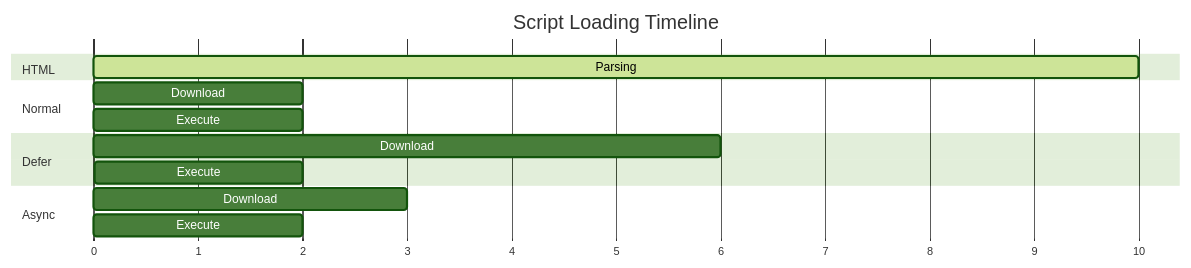
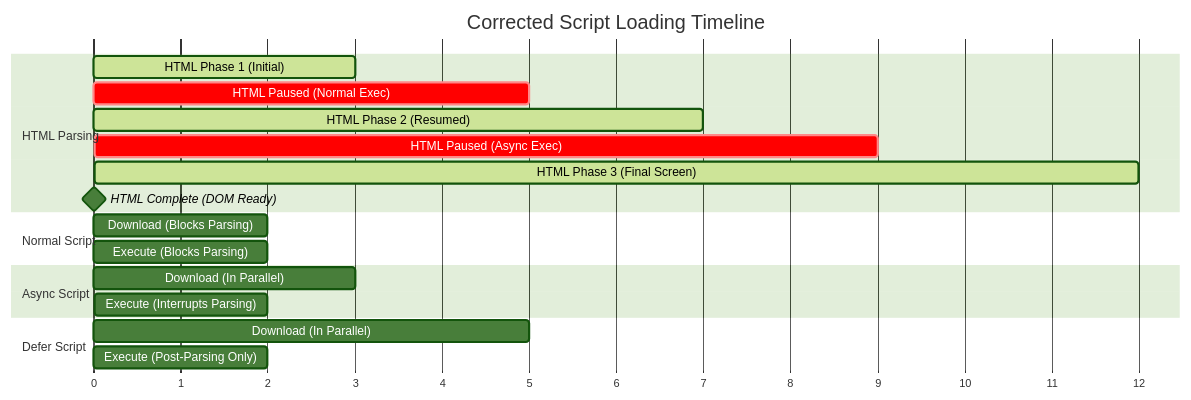
One commit to harshwardhan847/obsedian-website changed the eighth of 9 diagrams in content/HTML/Browser Rendering.md. Above: the diagram before and after it, drawn with Mermaid (forest theme). The commit also changed other lines of this file and 1 other file, not shown here.

Commit message:
Quartz sync: Jul 6, 2026, 11:03 AM

````diff
--- a/content/HTML/Browser Rendering.md
+++ b/content/HTML/Browser Rendering.md
@@ -358,21 +358,27 @@
 ```mermaid
 gantt
-title Script Loading Timeline
+title Corrected Script Loading Timeline
 dateFormat X
 axisFormat %s
 
-section HTML
-Parsing :active, 0,10
+section HTML Parsing
+HTML Phase 1 (Initial)        :active, p1, 0, 3
+HTML Paused (Normal Exec)    :crit, normal_pause, 3, 5
+HTML Phase 2 (Resumed)        :active, p2, 5, 7
+HTML Paused (Async Exec)     :crit, async_pause, 7, 9
+HTML Phase 3 (Final Screen)   :active, p3, 9, 12
+HTML Complete (DOM Ready)     :milestone, dom_ready, 12, 0
 
-section Normal
-Download :1,2
-Execute :3,2
+section Normal Script
+Download (Blocks Parsing)     :1, 2
+Execute (Blocks Parsing)      :normal_exec, 3, 2
 
-section Defer
-Download :1,6
-Execute :10,2
+section Async Script
+Download (In Parallel)        :4, 3
+Execute (Interrupts Parsing)  :async_exec, 7, 2
 
-section Async
-Download :1,3
-Execute :4,2
+section Defer Script
+Download (In Parallel)        :1, 5
+Execute (Post-Parsing Only)   :after dom_ready, 2
+
 ```
````
